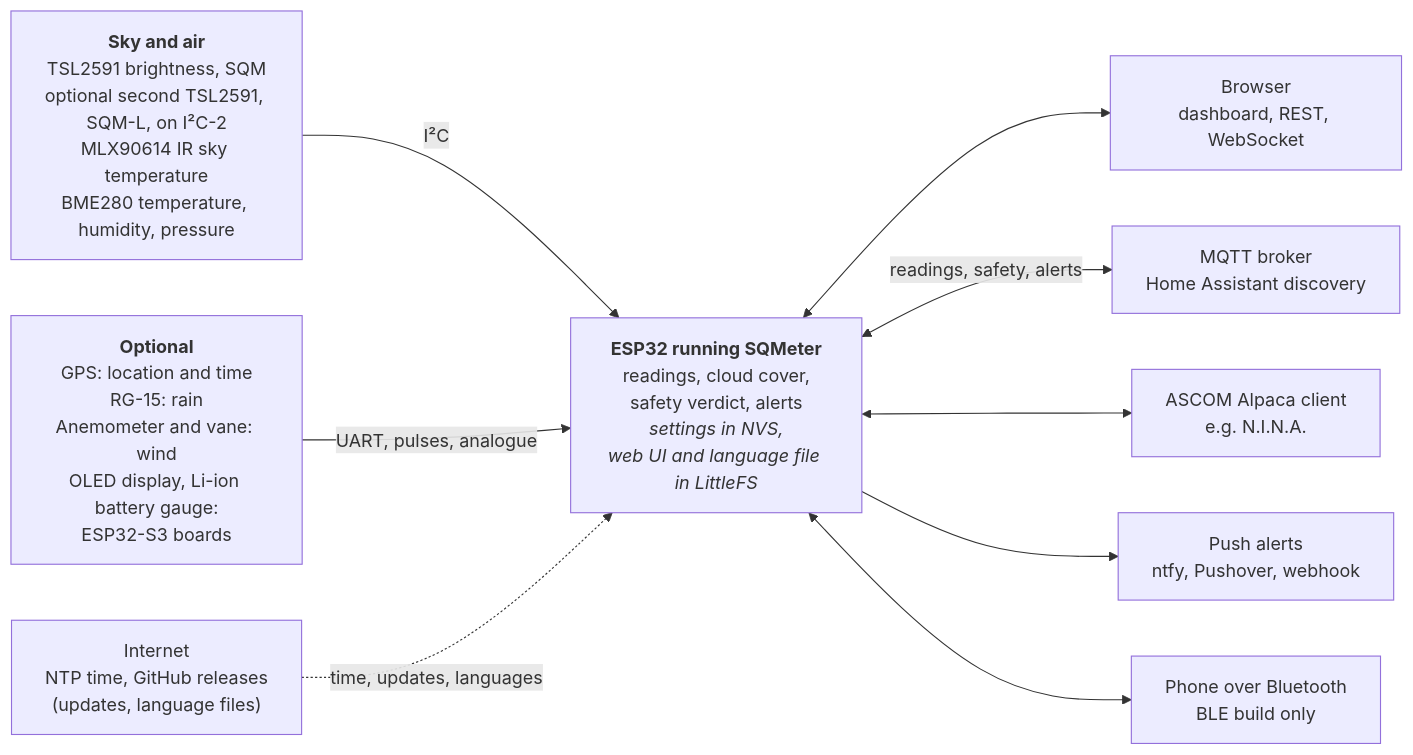
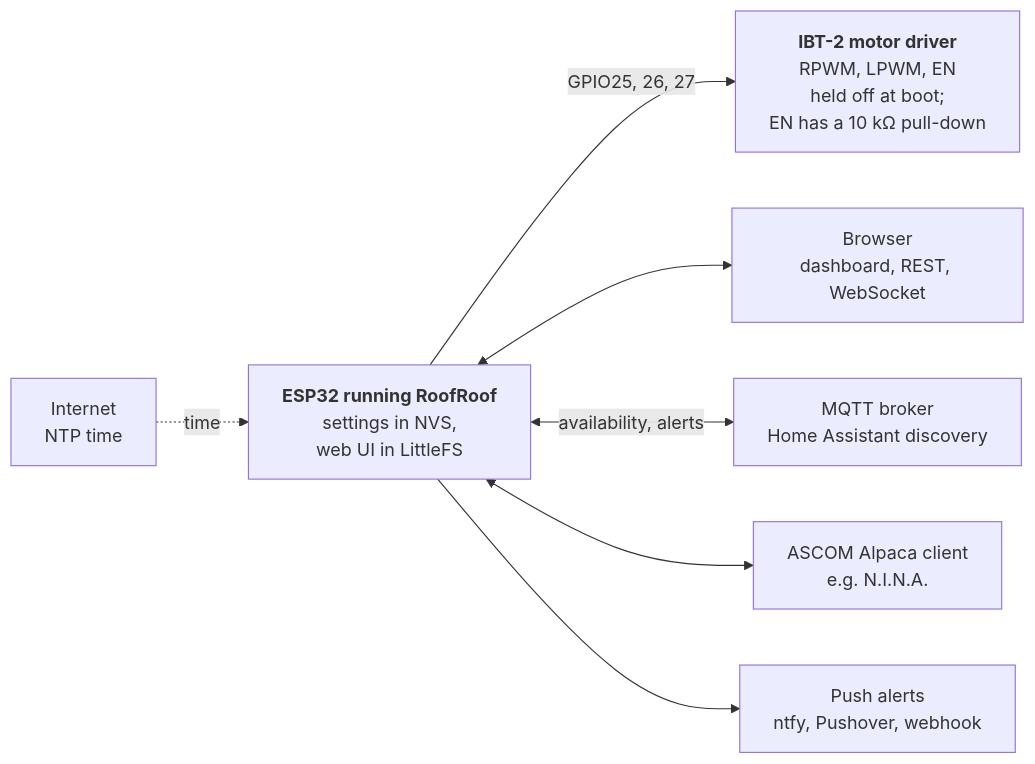
One commit to DeanJ87/RoofRoof changed the diagram in docs/index.md. Above: the diagram before and after it, drawn with Mermaid. The commit also changed other lines of this file and 285 other files, not shown here.

First line of the commit message:
001: contract schemas, i18n and checkers, docs and CI, tests and brand for RoofRoof

````diff
--- a/docs/index.md
+++ b/docs/index.md
@@ -27,22 +29,18 @@
 ```mermaid
 flowchart LR
-    accTitle: What SQMeter connects to
-    accDescr: Sensors feed the ESP32. It keeps its settings and web UI on the device, serves a dashboard and APIs to browsers, publishes to an MQTT broker, answers ASCOM Alpaca clients such as N.I.N.A., and sends alerts to push services and paired phones.
-    I2C["<b>Sky and air</b><br/>TSL2591 brightness, SQM<br/>optional second TSL2591, SQM-L, on I²C-2<br/>MLX90614 IR sky temperature<br/>BME280 temperature, humidity, pressure"]
-    OPT["<b>Optional</b><br/>GPS: location and time<br/>RG-15: rain<br/>Anemometer and vane: wind<br/>OLED display, Li-ion battery gauge:<br/>ESP32-S3 boards"]
-    ESP["<b>ESP32 running SQMeter</b><br/>readings, cloud cover,<br/>safety verdict, alerts<br/><i>settings in NVS,<br/>web UI and language file in LittleFS</i>"]
+    accTitle: What RoofRoof connects to
+    accDescr: The ESP32 holds the motor driver's pins low from boot, keeps its settings and web UI on the device, serves a dashboard and APIs to browsers, publishes to an MQTT broker, answers ASCOM Alpaca clients such as N.I.N.A., and sends alerts to push services. It gets time from the internet by NTP.
+    DRIVER["<b>IBT-2 motor driver</b><br/>RPWM, LPWM, EN<br/>held off at boot;<br/>EN has a 10 kΩ pull-down"]
+    ESP["<b>ESP32 running RoofRoof</b><br/>settings in NVS,<br/>web UI in LittleFS"]
     WEB["Browser<br/>dashboard, REST, WebSocket"]
     MQTT["MQTT broker<br/>Home Assistant discovery"]
     ALPACA["ASCOM Alpaca client<br/>e.g. N.I.N.A."]
     PUSH["Push alerts<br/>ntfy, Pushover, webhook"]
-    PHONE["Phone over Bluetooth<br/>BLE build only"]
-    NET["Internet<br/>NTP time, GitHub releases<br/>(updates, language files)"]
-    I2C -->|I²C| ESP
-    OPT -->|UART, pulses, analogue| ESP
-    NET -.->|time, updates, languages| ESP
+    NET["Internet<br/>NTP time"]
+    ESP -->|"GPIO25, 26, 27"| DRIVER
+    NET -.->|time| ESP
     ESP <--> WEB
-    ESP <-->|readings, safety, alerts| MQTT
+    ESP <-->|availability, alerts| MQTT
     ESP <--> ALPACA
     ESP --> PUSH
-    ESP <--> PHONE
 ```
````
